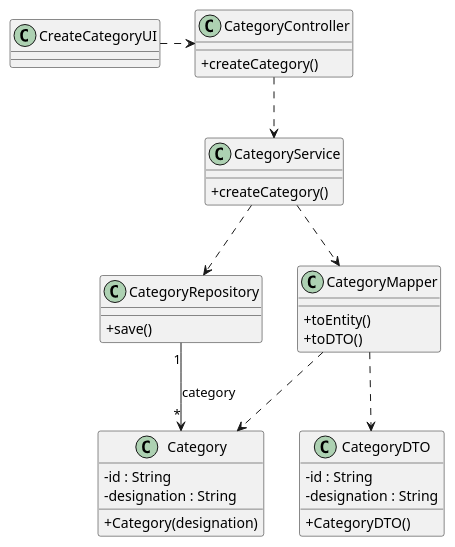
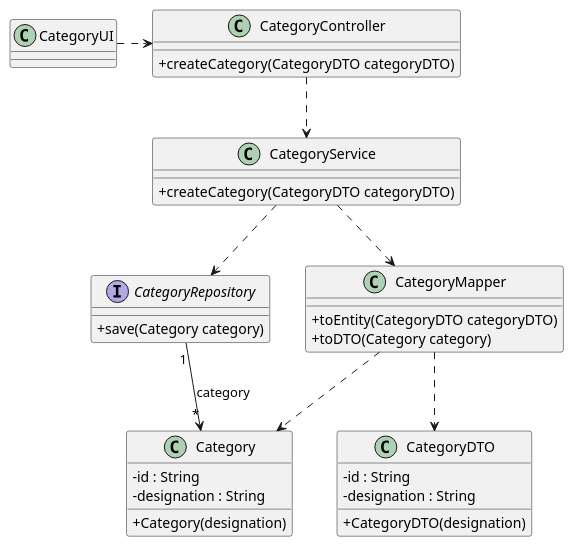
The diagram in Docs/US03/03-design/US03-CD.puml (vivianeaalmeida/ComeAndGet), drawn with PlantUML before and after one commit. The commit also changed other lines of this file and 9 other files, not shown here.

```diff
--- a/Docs/US03/03-design/US03-CD.puml
+++ b/Docs/US03/03-design/US03-CD.puml
@@ -4,48 +1,48 @@
 @startuml
 skinparam packageStyle rectangle
 skinparam shadowing false
 skinparam linetype polyline
 skinparam classAttributeIconSize 0
 
-class CreateCategoryUI {
+class CategoryUI {
 }
 
 class Category {
     - id : String
     - designation : String
     + Category(designation)
 }
 
 class CategoryDTO {
     - id : String
     - designation : String
-    + CategoryDTO()
+    + CategoryDTO(designation)
 }
 
 class CategoryController {
-    + createCategory()
+    + createCategory(CategoryDTO categoryDTO)
 }
 
 class CategoryService {
-    + createCategory()
+    + createCategory(CategoryDTO categoryDTO)
 }
 
-class CategoryRepository {
-    + save()
+interface CategoryRepository {
+    + save(Category category)
 }
 
 class CategoryMapper {
-    + toEntity()
-    + toDTO()
+    + toEntity(CategoryDTO categoryDTO)
+    + toDTO(Category category)
 }
 
-CreateCategoryUI .> CategoryController
+CategoryUI .> CategoryController
 CategoryController ..> CategoryService
 CategoryService ..> CategoryRepository
 CategoryService ..> CategoryMapper
 CategoryRepository "1" --> "*" Category : category
 CategoryMapper ..> Category
 CategoryMapper ..> CategoryDTO
 
 
 @enduml
```
